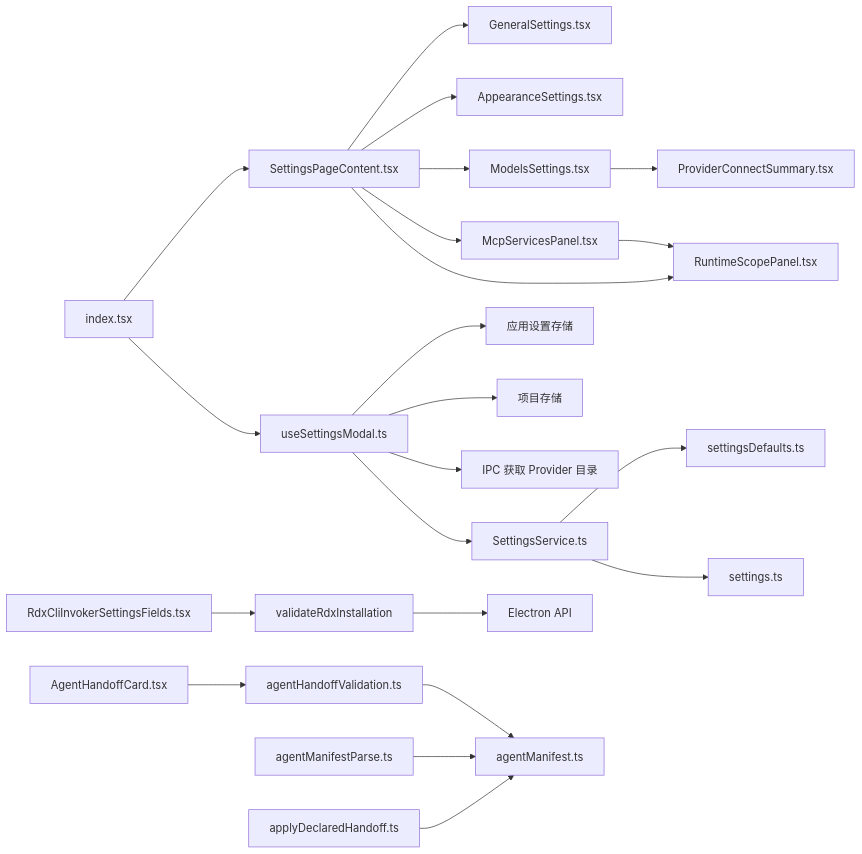
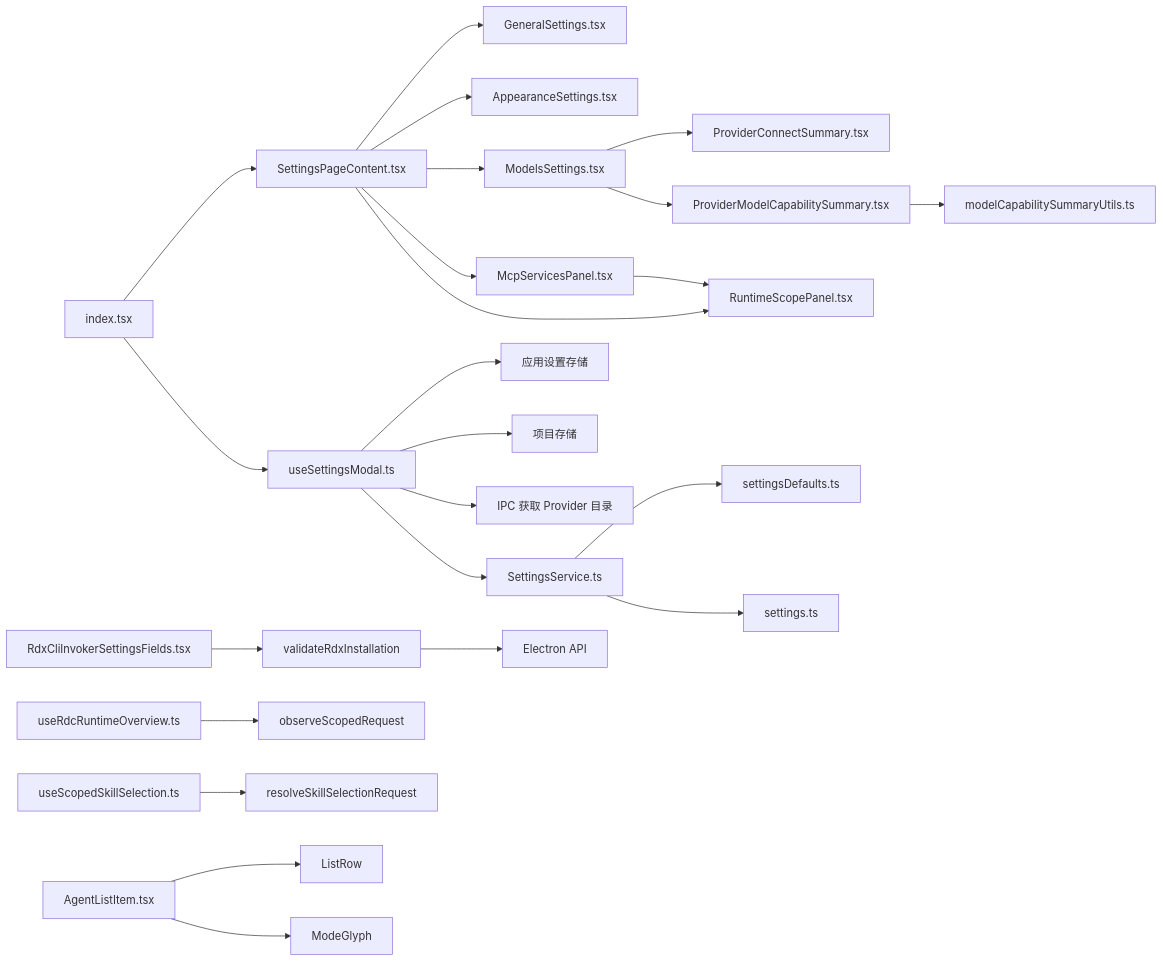
Before and after one commit to haolange/RDC-Agent: the fourth of 4 diagrams in .qoder/repowiki/zh/content/用户界面/设置面板/设置面板.md, drawn with Mermaid. The commit also changed other lines of this file and 80 other files, not shown here.

````diff
--- a/.qoder/repowiki/zh/content/用户界面/设置面板/设置面板.md
+++ b/.qoder/repowiki/zh/content/用户界面/设置面板/设置面板.md
@@ -415,24 +464,26 @@
 ```mermaid
 graph LR
 IM["index.tsx"] --> SP["SettingsPageContent.tsx"]
 SP --> GS["GeneralSettings.tsx"]
 SP --> AS["AppearanceSettings.tsx"]
 SP --> MS["ModelsSettings.tsx"]
 SP --> MSP["McpServicesPanel.tsx"]
 SP --> RSP["RuntimeScopePanel.tsx"]
 MSP --> RSP
 MS --> PCS["ProviderConnectSummary.tsx"]
+MS --> PMCS["ProviderModelCapabilitySummary.tsx"]
+PMCS --> MCUT["modelCapabilitySummaryUtils.ts"]
 IM --> USM["useSettingsModal.ts"]
 USM --> ST["应用设置存储"]
 USM --> PS["项目存储"]
 USM --> IPC["IPC 获取 Provider 目录"]
 USM --> SS["SettingsService.ts"]
 SS --> SD["settingsDefaults.ts"]
 SS --> STY["settings.ts"]
 RSF["RdxCliInvokerSettingsFields.tsx"] --> VI["validateRdxInstallation"]
 VI --> EA["Electron API"]
-AHC["AgentHandoffCard.tsx"] --> AV["agentHandoffValidation.ts"]
-AV --> AMT["agentManifest.ts"]
-AMP["agentManifestParse.ts"] --> AMT
-ADH["applyDeclaredHandoff.ts"] --> AMT
+URO["useRdcRuntimeOverview.ts"] --> RSO["observeScopedRequest"]
+USS["useScopedSkillSelection.ts"] --> RSS["resolveSkillSelectionRequest"]
+AL["AgentListItem.tsx"] --> LR["ListRow"]
+AL --> MG["ModeGlyph"]
 ```
````
